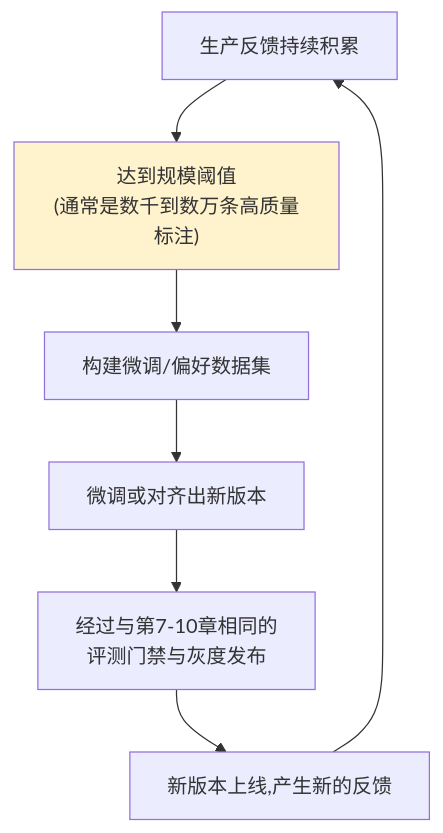
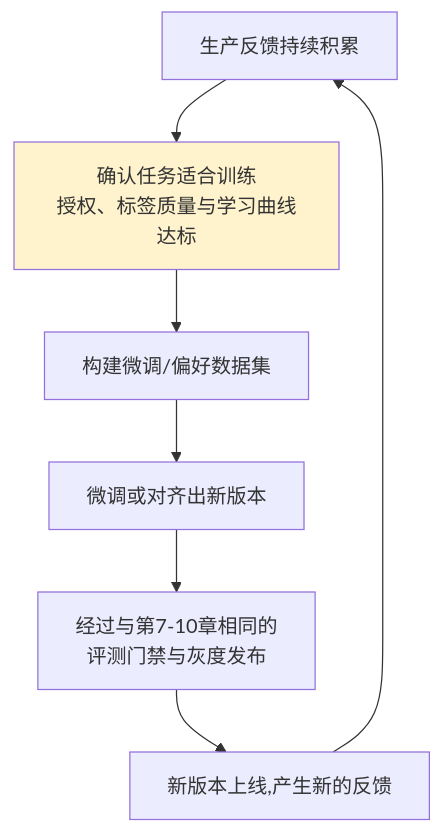
Before and after one commit to oneleaveknowsthefall/awesome-ai-roadmap: the second of 2 diagrams in docs/engineering/06-performance-operations/13-feedback-loop-data-flywheel.md, drawn with Mermaid. The commit also changed other lines of this file and 26 other files, not shown here.

````diff
--- a/docs/engineering/06-performance-operations/13-feedback-loop-data-flywheel.md
+++ b/docs/engineering/06-performance-operations/13-feedback-loop-data-flywheel.md
@@ -54,11 +60,11 @@
 ```mermaid
 flowchart TB
-    A["生产反馈持续积累"] --> B["达到规模阈值<br/>(通常是数千到数万条高质量标注)"]
+    A["生产反馈持续积累"] --> B["确认任务适合训练<br/>授权、标签质量与学习曲线达标"]
     B --> C["构建微调/偏好数据集"]
     C --> D["微调或对齐出新版本"]
     D --> E["经过与第7-10章相同的<br/>评测门禁与灰度发布"]
     E --> F["新版本上线,产生新的反馈"]
     F --> A
 
     style B fill:#fff3cd
 ```
````
